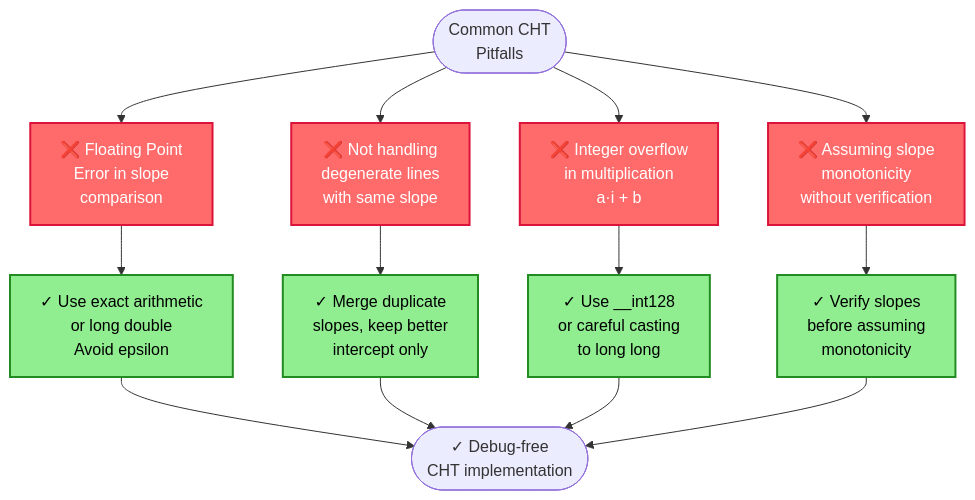
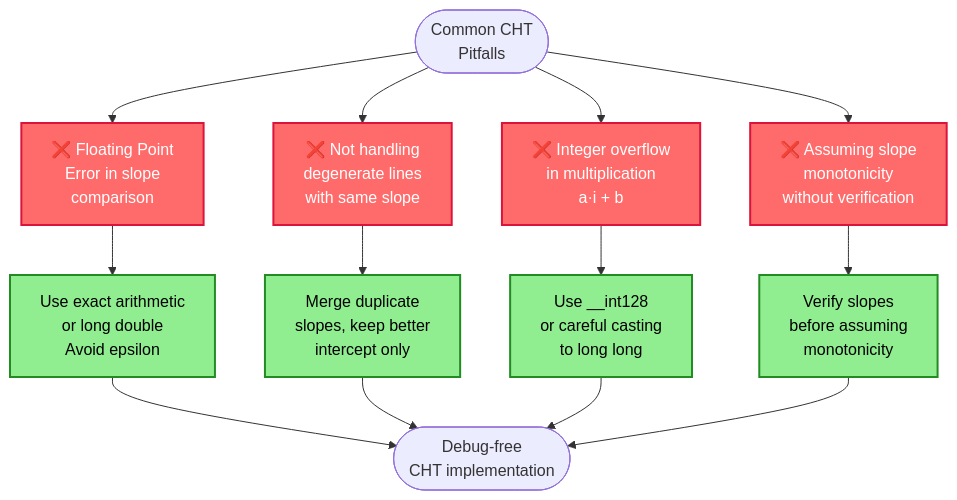
One commit to souradeepta/interviewprep changed the fifth of 41 diagrams in docs/algorithms/advanced/advanced_algorithms.md. Above: the diagram before and after it, drawn with Mermaid. The commit also changed other lines of this file, not shown here.

Commit message:
fix: remove Unicode checkmark characters from Mermaid flowchart

````diff
--- a/docs/algorithms/advanced/advanced_algorithms.md
+++ b/docs/algorithms/advanced/advanced_algorithms.md
@@ -242,23 +242,23 @@
 ```mermaid
 flowchart TD
     A(["Common CHT<br/>Pitfalls"]) --> P1["❌ Floating Point<br/>Error in slope<br/>comparison"]
     A --> P2["❌ Not handling<br/>degenerate lines<br/>with same slope"]
     A --> P3["❌ Integer overflow<br/>in multiplication<br/>a·i + b"]
     A --> P4["❌ Assuming slope<br/>monotonicity<br/>without verification"]
     
-    P1 --> S1["✓ Use exact arithmetic<br/>or long double<br/>Avoid epsilon"]
-    P2 --> S2["✓ Merge duplicate<br/>slopes, keep better<br/>intercept only"]
-    P3 --> S3["✓ Use __int128<br/>or careful casting<br/>to long long"]
-    P4 --> S4["✓ Verify slopes<br/>before assuming<br/>monotonicity"]
+    P1 --> S1["Use exact arithmetic<br/>or long double<br/>Avoid epsilon"]
+    P2 --> S2["Merge duplicate<br/>slopes, keep better<br/>intercept only"]
+    P3 --> S3["Use __int128<br/>or careful casting<br/>to long long"]
+    P4 --> S4["Verify slopes<br/>before assuming<br/>monotonicity"]
     
-    S1 --> End(["✓ Debug-free<br/>CHT implementation"])
+    S1 --> End(["Debug-free<br/>CHT implementation"])
     S2 --> End
     S3 --> End
     S4 --> End
     
     classDef problem fill:#FF6B6B,stroke:#DC143C,stroke-width:2px,color:#fff
     classDef solution fill:#90EE90,stroke:#228B22,stroke-width:2px,color:#000
     
     class P1,P2,P3,P4 problem
     class S1,S2,S3,S4 solution
 ```
````
